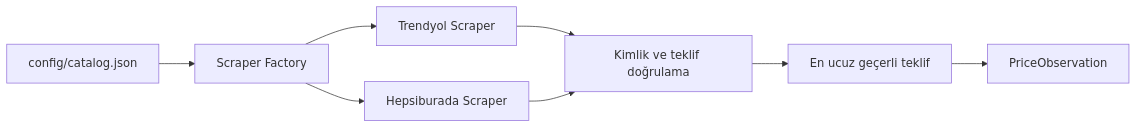
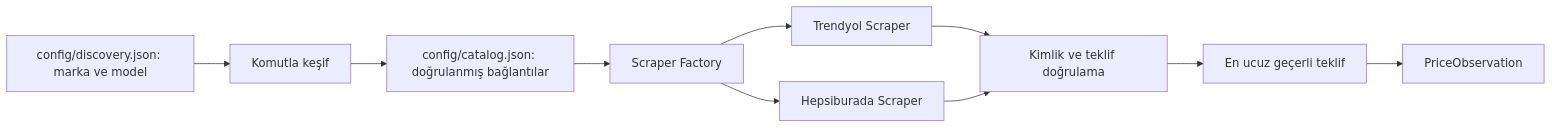
Before and after one commit to Emir-Ars/Urun-indirim-takip: the diagram in README.md, drawn with Mermaid. The commit also changed other lines of this file and 21 other files, not shown here.

Commit message:
Add model-based phone discovery and coverage reporting

````diff
--- a/README.md
+++ b/README.md
@@ -24,10 +23,12 @@
 ```mermaid
 flowchart LR
-    C[config/catalog.json] --> F[Scraper Factory]
+    M[config/discovery.json: marka ve model] --> D[Komutla keşif]
+    D --> C[config/catalog.json: doğrulanmış bağlantılar]
+    C --> F[Scraper Factory]
     F --> T[Trendyol Scraper]
     F --> H[Hepsiburada Scraper]
     T --> V[Kimlik ve teklif doğrulama]
     H --> V
     V --> S[En ucuz geçerli teklif]
     S --> P[PriceObservation]
 ```
````
